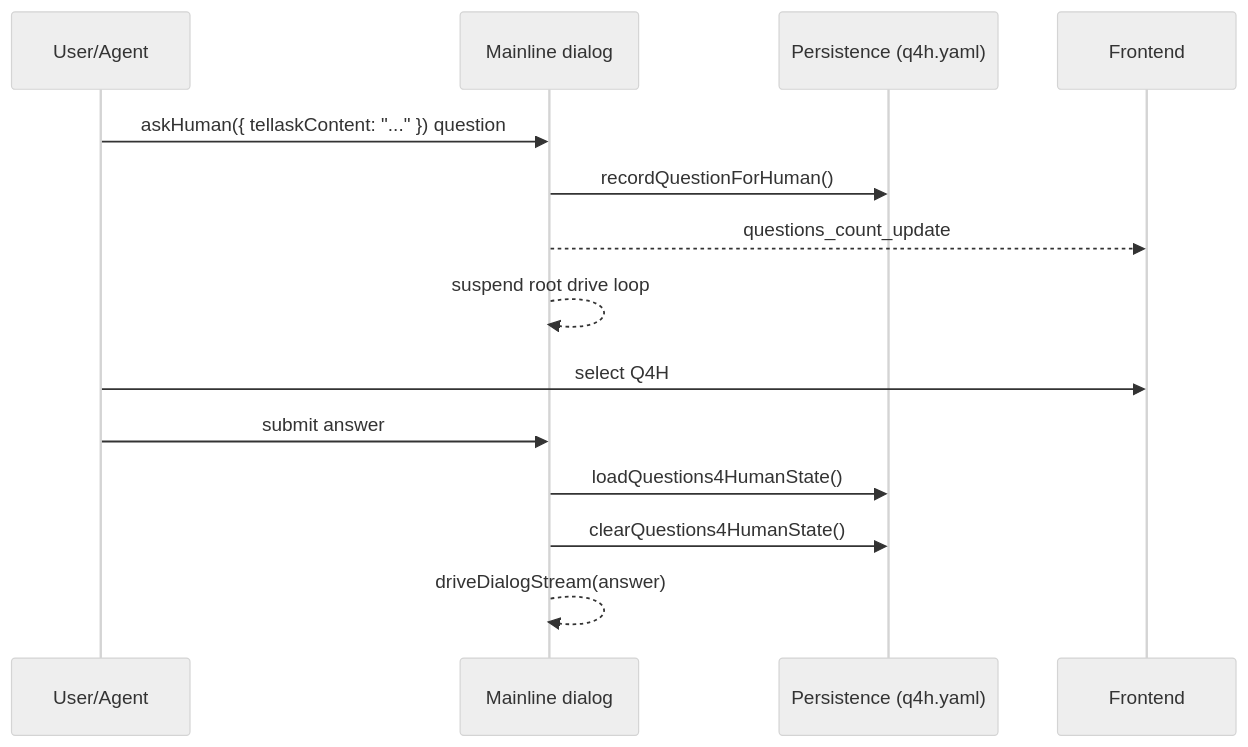
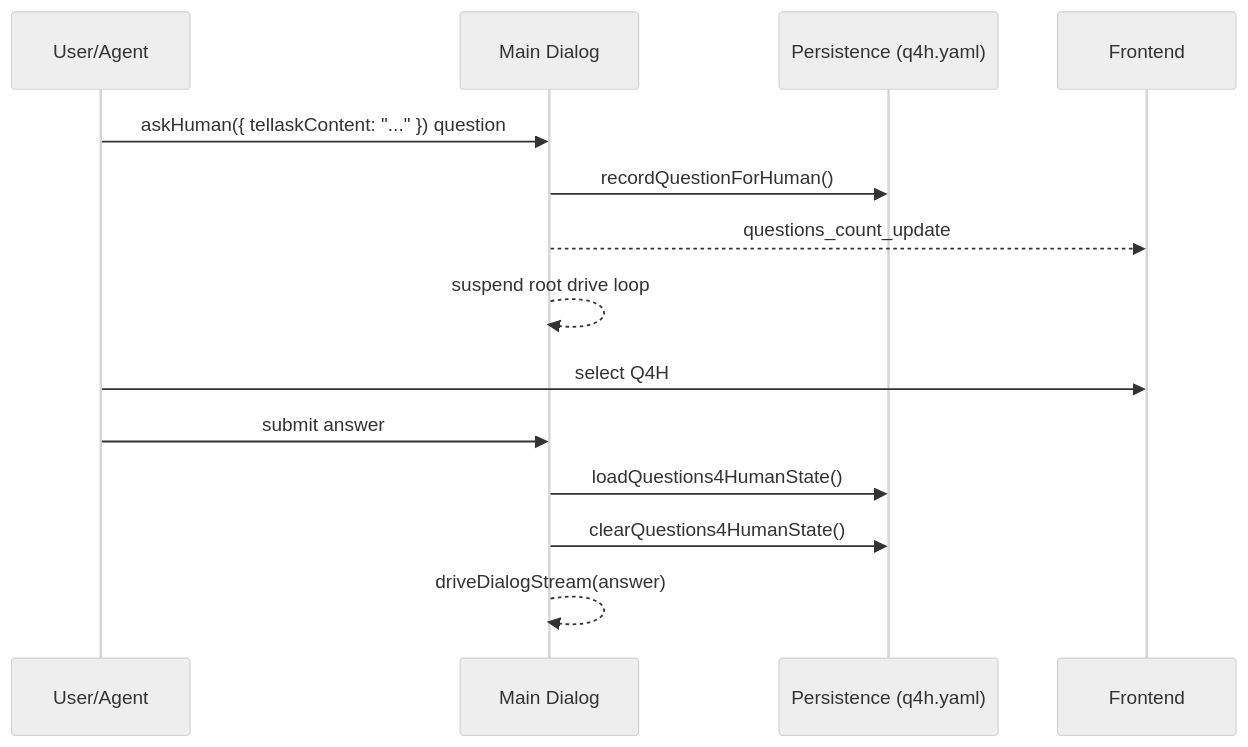
Before and after one commit to longrun-ai/dominds: diagram 16 of 18 in docs/dialog-system.md, drawn with Mermaid (neutral theme). The commit also changed other lines of this file and 105 other files, not shown here.

````diff
--- a/docs/dialog-system.md
+++ b/docs/dialog-system.md
@@ -1372,18 +1366,18 @@
 ```mermaid
 sequenceDiagram
   participant User as User/Agent
-  participant Main as Mainline dialog
+  participant Main as Main Dialog
   participant Store as Persistence (q4h.yaml)
   participant UI as Frontend
 
   User->>Main: askHuman({ tellaskContent: "..." }) question
   Main->>Store: recordQuestionForHuman()
   Main-->>UI: questions_count_update
   Main-->>Main: suspend root drive loop
 
   User->>UI: select Q4H
   User->>Main: submit answer
   Main->>Store: loadQuestions4HumanState()
   Main->>Store: clearQuestions4HumanState()
   Main-->>Main: driveDialogStream(answer)
 ```
````
